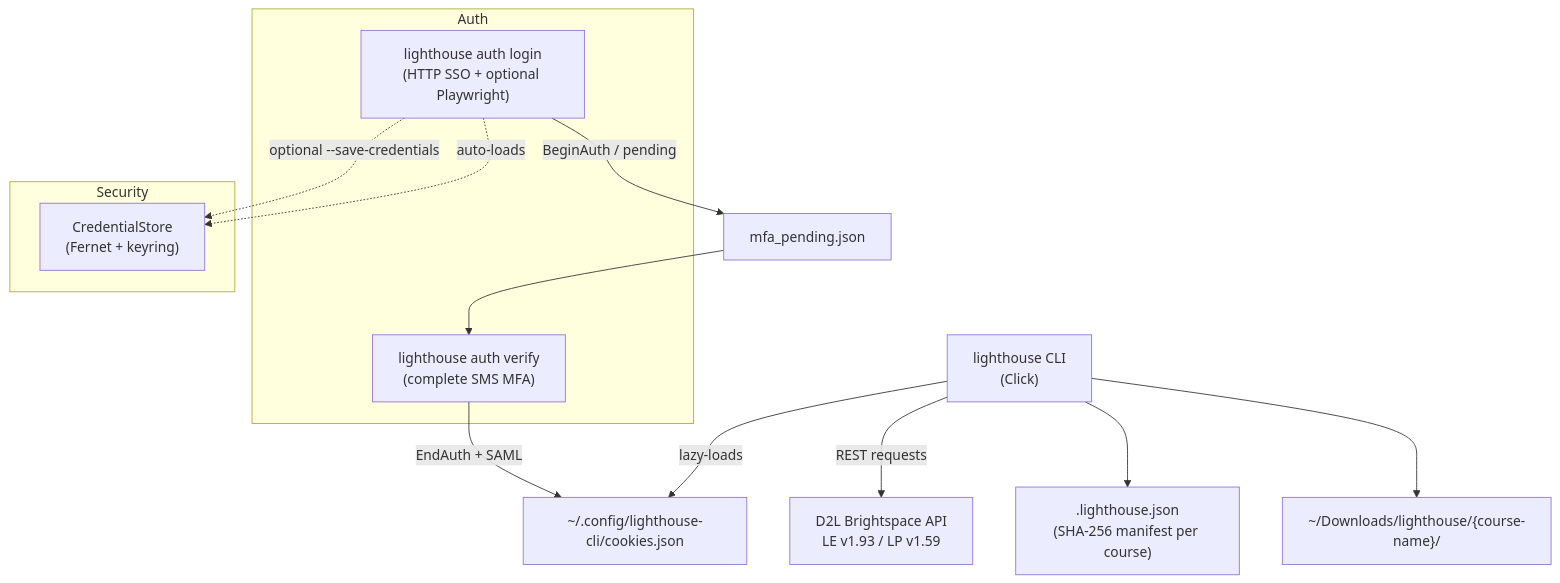
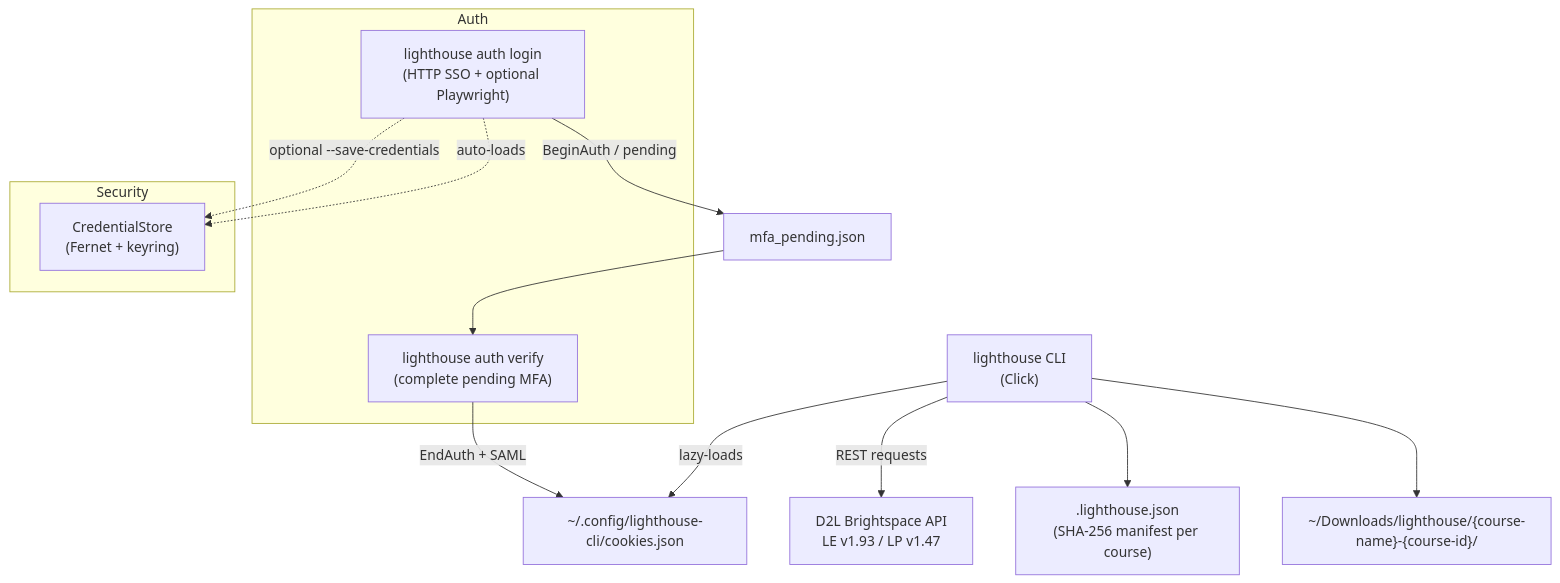
Before and after one commit to rabesss/lighthouse-cli: the diagram in README.md, drawn with Mermaid. The commit also changed other lines of this file and 46 other files, not shown here.

````diff
--- a/README.md
+++ b/README.md
@@ -51,22 +50,22 @@
 ```mermaid
 graph TD
     subgraph Auth
         A1["lighthouse auth login<br/>(HTTP SSO + optional Playwright)"]
-        A2["lighthouse auth verify<br/>(complete SMS MFA)"]
+        A2["lighthouse auth verify<br/>(complete pending MFA)"]
     end
     A1 -->|BeginAuth / pending| PENDING["mfa_pending.json"]
     A2 -->|EndAuth + SAML| COOKIES["~/.config/lighthouse-cli/cookies.json"]
     PENDING --> A2
 
     CLI["lighthouse CLI<br/>(Click)"] -->|lazy-loads| COOKIES
-    CLI -->|REST requests| API["D2L Brightspace API<br/>LE v1.93 / LP v1.59"]
+    CLI -->|REST requests| API["D2L Brightspace API<br/>LE v1.93 / LP v1.47"]
 
     CLI --> MANIFEST[".lighthouse.json<br/>(SHA-256 manifest per course)"]
-    CLI --> DOWNLOADS["~/Downloads/lighthouse/{course-name}/"]
+    CLI --> DOWNLOADS["~/Downloads/lighthouse/{course-name}-{course-id}/"]
 
     subgraph Security
         CRED["CredentialStore<br/>(Fernet + keyring)"]
     end
     A1 -.->|optional --save-credentials| CRED
     A1 -.->|auto-loads| CRED
 ```
````
